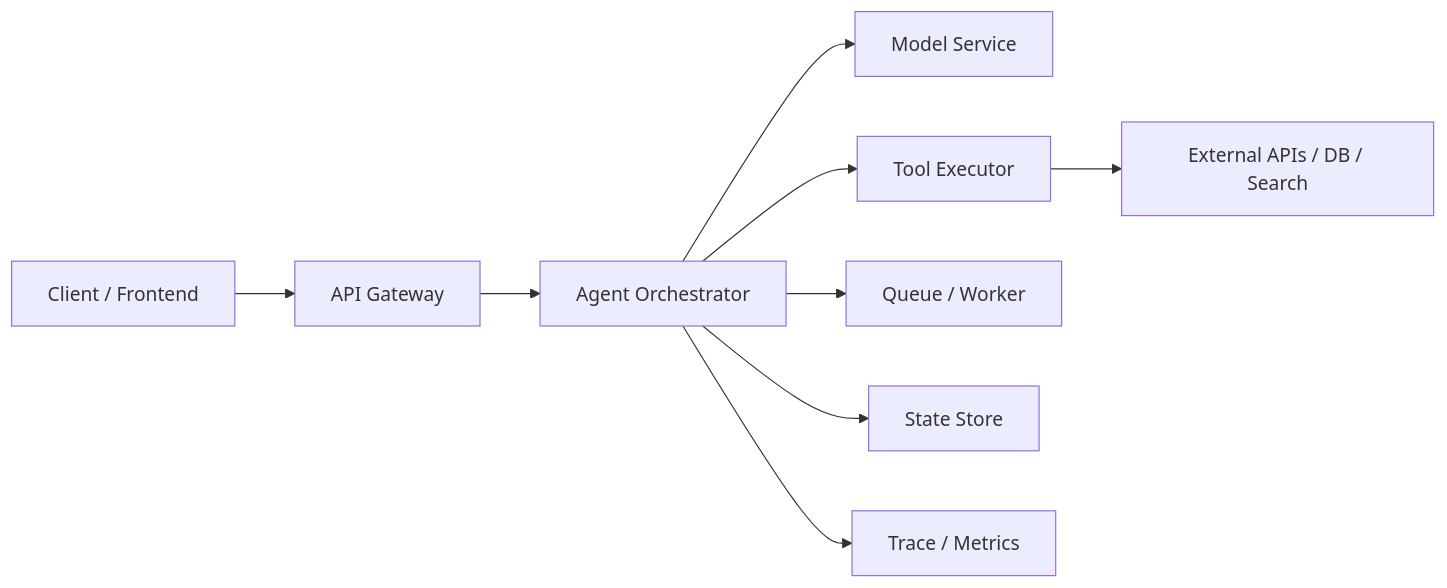
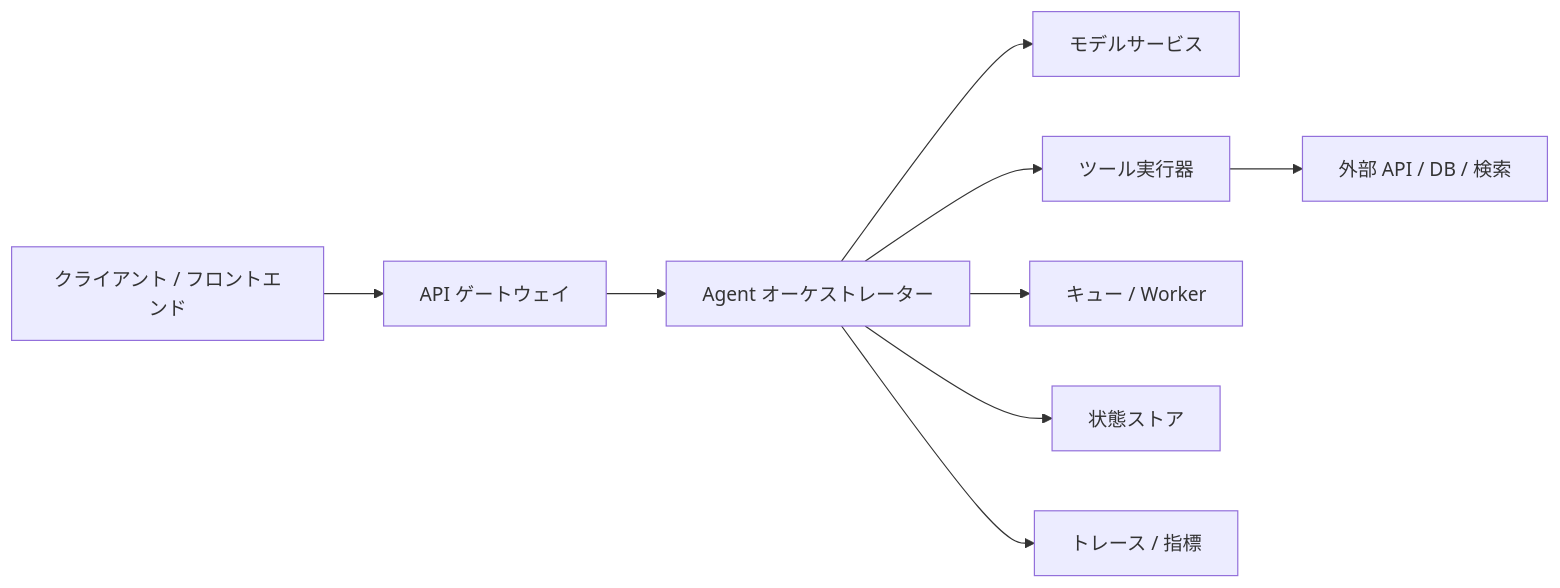
The second of 2 diagrams in i18n/ja/docusaurus-plugin-content-docs/current/ch09-agent/ch09-deployment/01-deployment-architecture.md (oudbiao/AI-fullstack-course), drawn with Mermaid before and after one commit. The commit also changed other lines of this file and 252 other files, not shown here.

````diff
--- a/i18n/ja/docusaurus-plugin-content-docs/current/ch09-agent/ch09-deployment/01-deployment-architecture.md
+++ b/i18n/ja/docusaurus-plugin-content-docs/current/ch09-agent/ch09-deployment/01-deployment-architecture.md
@@ -286,11 +286,11 @@
 ```mermaid
 flowchart LR
-    A["Client / Frontend"] --> B["API Gateway"]
-    B --> C["Agent Orchestrator"]
-    C --> D["Model Service"]
-    C --> E["Tool Executor"]
-    C --> F["Queue / Worker"]
-    C --> G["State Store"]
-    C --> H["Trace / Metrics"]
-    E --> I["External APIs / DB / Search"]
+    A["クライアント / フロントエンド"] --> B["API ゲートウェイ"]
+    B --> C["Agent オーケストレーター"]
+    C --> D["モデルサービス"]
+    C --> E["ツール実行器"]
+    C --> F["キュー / Worker"]
+    C --> G["状態ストア"]
+    C --> H["トレース / 指標"]
+    E --> I["外部 API / DB / 検索"]
 ```
````
